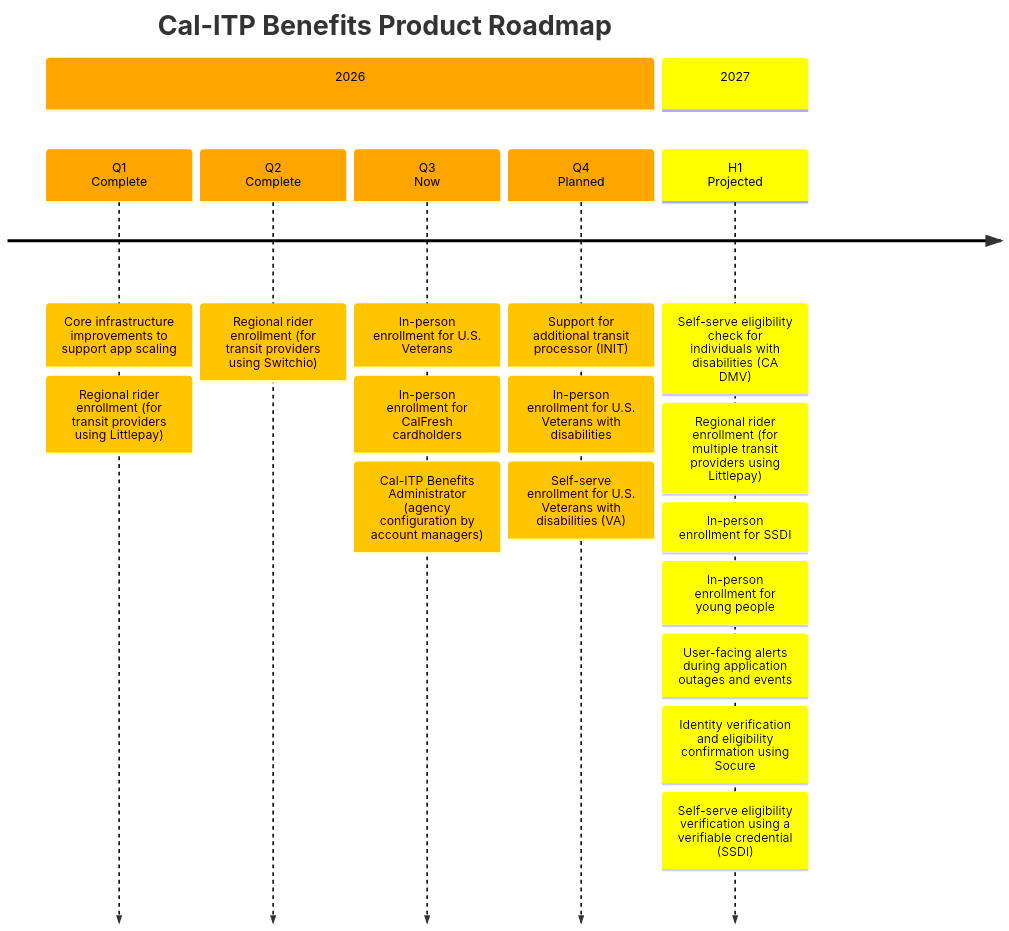
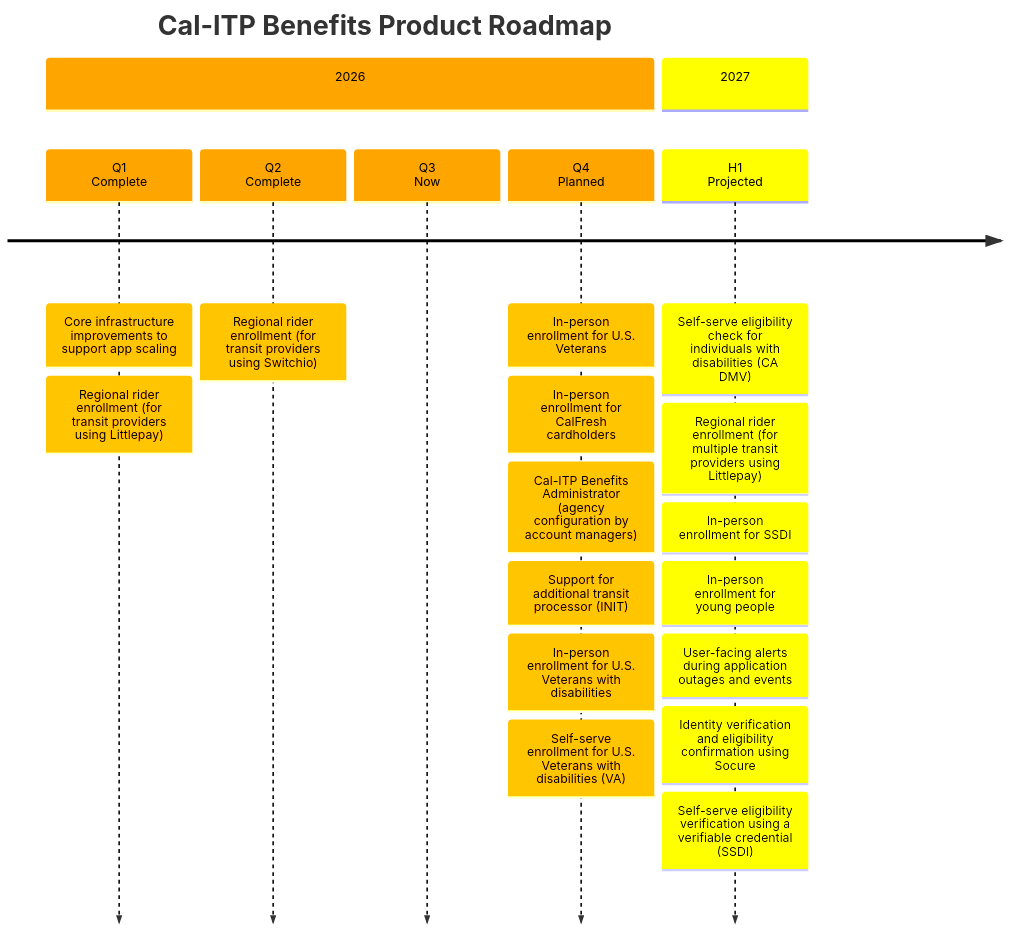
Before and after one commit to cal-itp/benefits: the diagram in docs/index.md, drawn with Mermaid. The commit also changed other lines of this file, not shown here.

````diff
--- a/docs/index.md
+++ b/docs/index.md
@@ -26,51 +26,51 @@
 ```mermaid
 timeline
     title Cal-ITP Benefits Product Roadmap
 
 %% Cal-ITP Benefits Epics (2026)
 
         section 2026
 
         Q1<br>Complete
         : Core infrastructure improvements to support app scaling
         : Regional rider enrollment (for transit providers using Littlepay)
 
         Q2<br>Complete
         : Regional rider enrollment (for transit providers using Switchio)
 
         Q3<br>Now
+
+        Q4<br>Planned
         : In-person enrollment for U.S. Veterans
         : In-person enrollment for CalFresh cardholders
         : Cal-ITP Benefits Administrator<br>(agency configuration by account managers)
-
-        Q4<br>Planned
         : Support for additional transit processor (INIT)
         : In-person enrollment for U.S. Veterans with disabilities
         : Self-serve enrollment for U.S. Veterans with disabilities (VA)
 
 %% Cal-ITP Benefits Epics & Initiatives (Future)
 
         section 2027
 
         H1<br>Projected
 
         : Self-serve eligibility check for individuals with disabilities (CA DMV)
         : Regional rider enrollment (for multiple transit providers using Littlepay)
         : In-person enrollment for SSDI
         : In-person enrollment for young people
         : User-facing alerts during application outages and events
         : Identity verification and eligibility confirmation using Socure
         : Self-serve eligibility verification using a verifiable credential (SSDI)
 %%{
   init: {
     'logLevel': 'debug',
     'theme': 'default' ,
     'themeVariables': {
       'cScale0': 'orange',
       'cScaleLabel0': 'black',
       'cScale1': 'yellow',
       'cScaleLabel1': 'black'
     }
   }
 }%%
 ```
````
